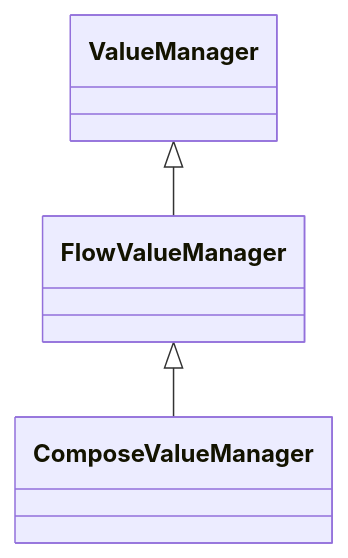
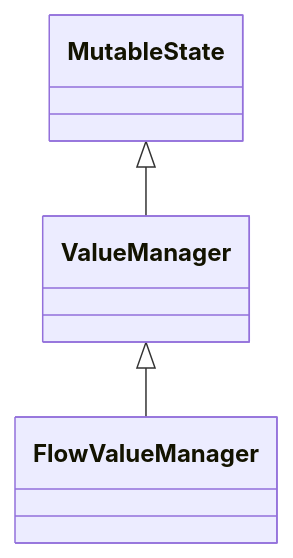
Before and after one commit to programadorthi/kotlin-state-manager: the diagram in README.md, drawn with Mermaid. The commit also changed other lines of this file and 4 other files, not shown here.

````diff
--- a/README.md
+++ b/README.md
@@ -120,5 +122,5 @@
 ```mermaid
 classDiagram
+    MutableState <|-- ValueManager
     ValueManager <|-- FlowValueManager
-    FlowValueManager <|-- ComposeValueManager
 ```
````
